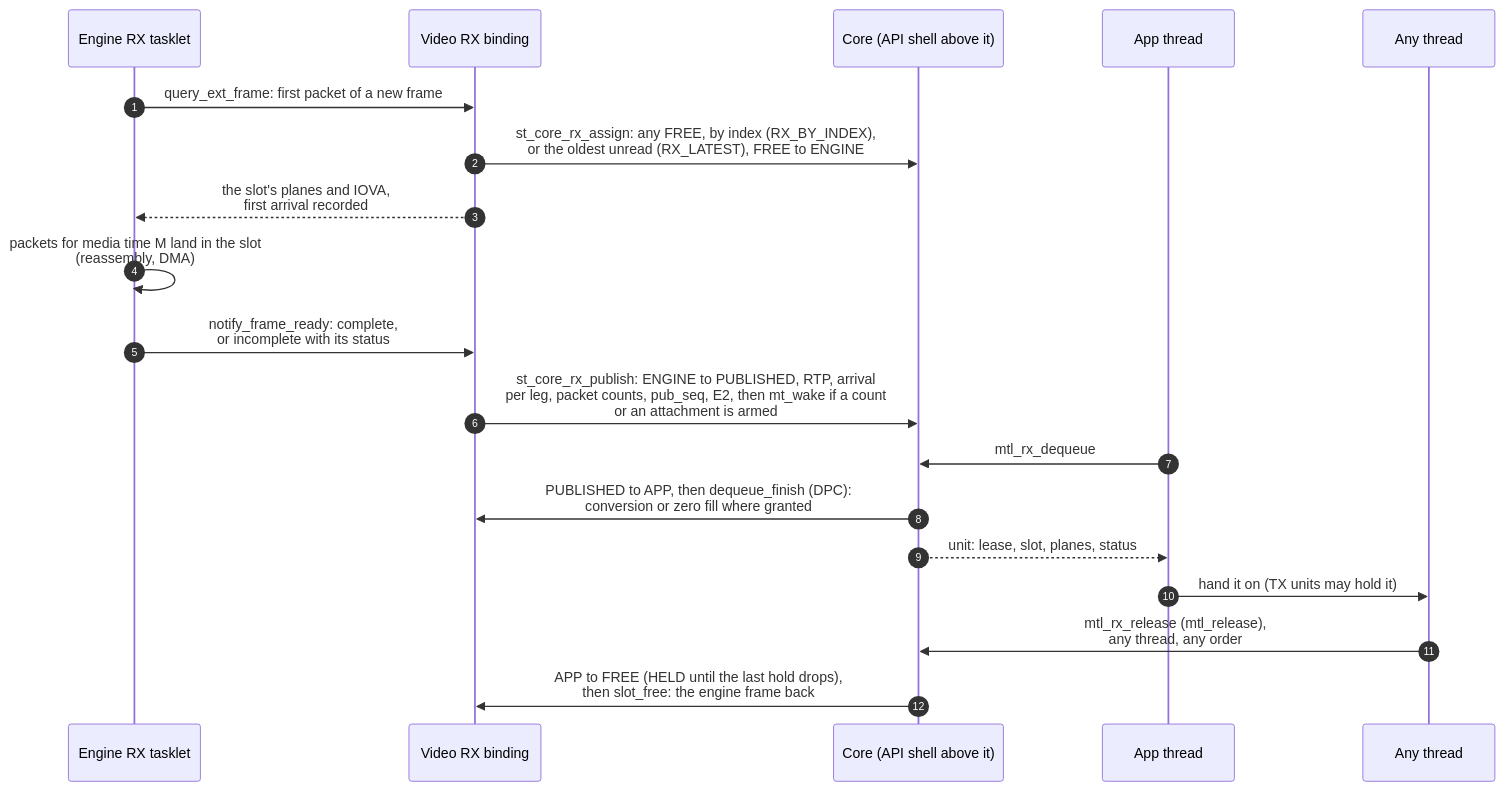
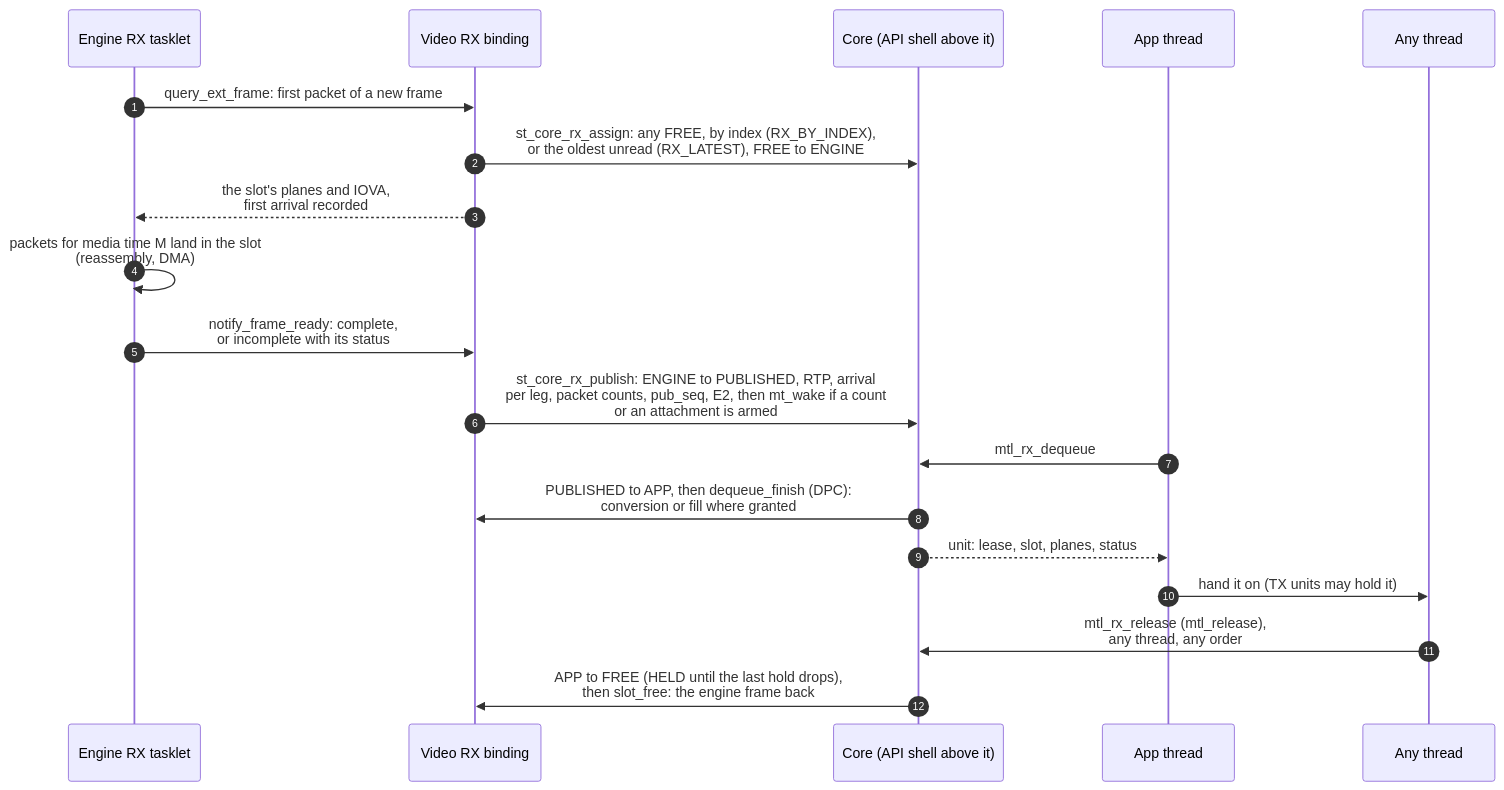
One commit to OpenVisualCloud/Media-Transport-Library changed the fourth of 15 diagrams in doc/unified-api/core.md. Above: the diagram before and after it, drawn with Mermaid. The commit also changed other lines of this file and 58 other files, not shown here.

````diff
--- a/doc/unified-api/core.md
+++ b/doc/unified-api/core.md
@@ -478,21 +478,21 @@
 ```mermaid
 sequenceDiagram
     autonumber
     participant E as Engine RX tasklet
     participant B as Video RX binding
     participant C as Core (API shell above it)
     participant A as App thread
     participant D as Any thread
     E->>B: query_ext_frame: first packet of a new frame
     B->>C: st_core_rx_assign: any FREE, by index (RX_BY_INDEX),<br/>or the oldest unread (RX_LATEST), FREE to ENGINE
     B-->>E: the slot's planes and IOVA,<br/>first arrival recorded
     E->>E: packets for media time M land in the slot<br/>(reassembly, DMA)
     E->>B: notify_frame_ready: complete,<br/>or incomplete with its status
     B->>C: st_core_rx_publish: ENGINE to PUBLISHED, RTP, arrival<br/>per leg, packet counts, pub_seq, E2, then mt_wake if a count<br/>or an attachment is armed
     A->>C: mtl_rx_dequeue
-    C->>B: PUBLISHED to APP, then dequeue_finish (DPC):<br/>conversion or zero fill where granted
+    C->>B: PUBLISHED to APP, then dequeue_finish (DPC):<br/>conversion or fill where granted
     C-->>A: unit: lease, slot, planes, status
     A->>D: hand it on (TX units may hold it)
     D->>C: mtl_rx_release (mtl_release),<br/>any thread, any order
     C->>B: APP to FREE (HELD until the last hold drops),<br/>then slot_free: the engine frame back
 ```
````
